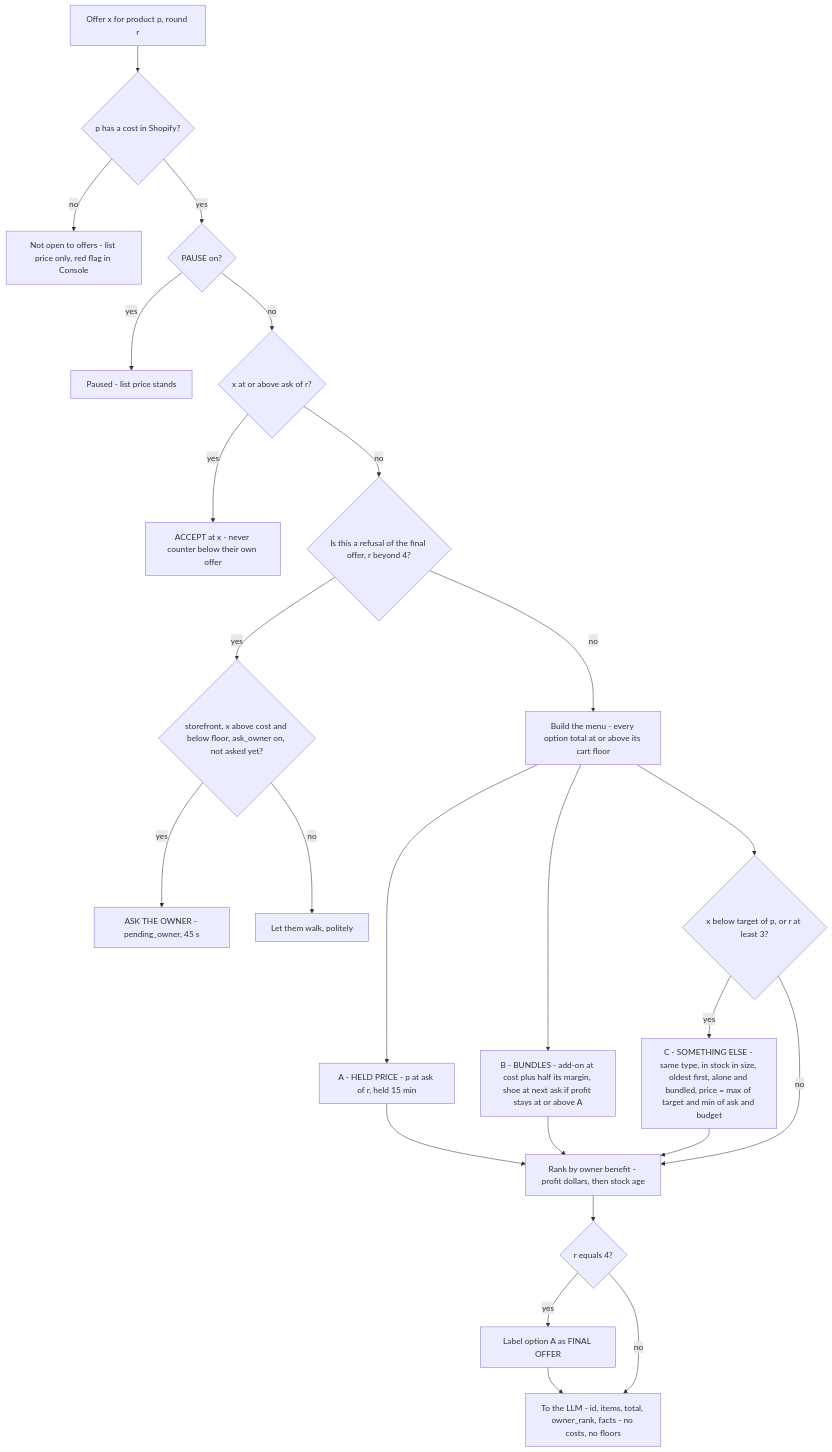
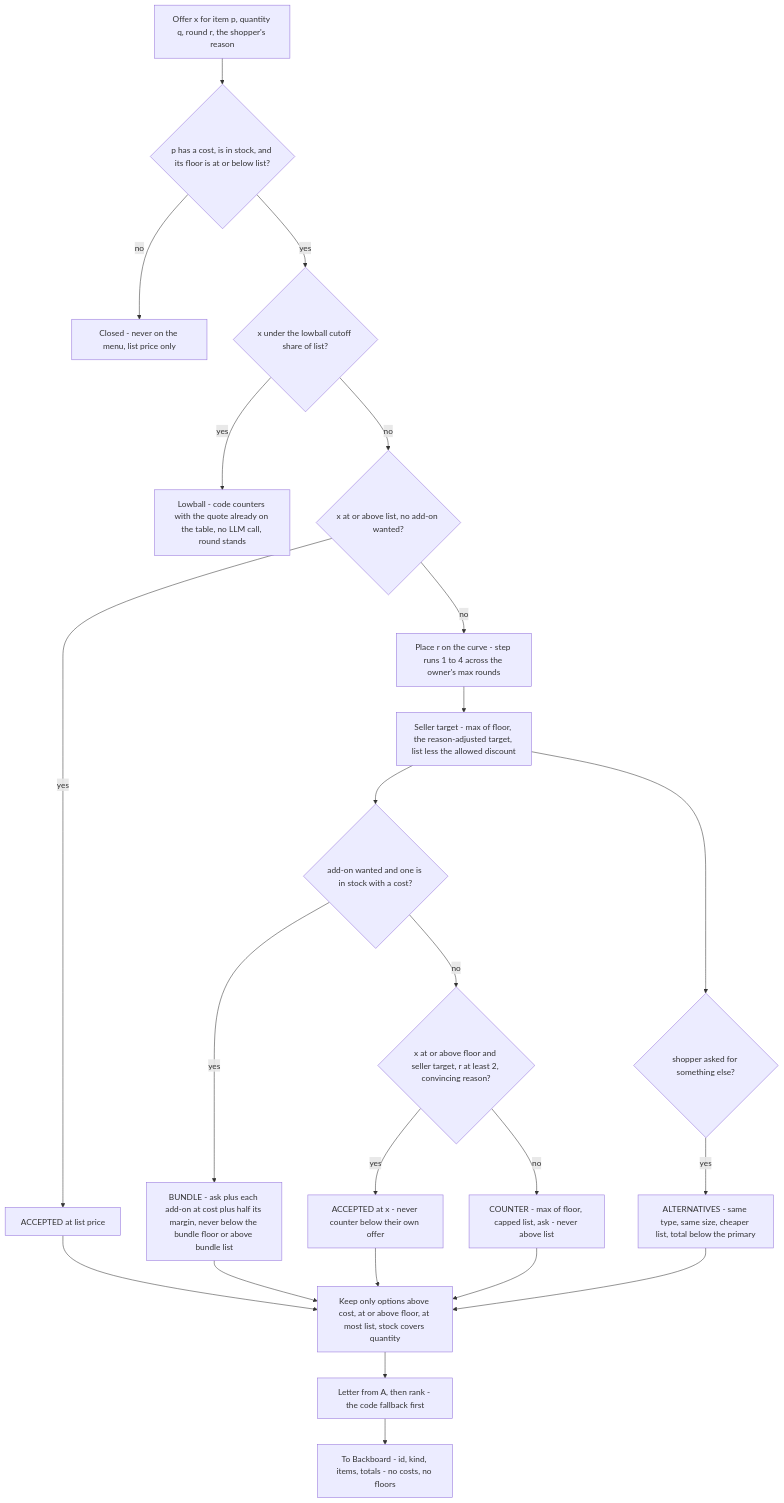
One commit to Maristanez/bazaar changed diagram 15 of 22 in docs/ARCHITECTURE.md. Above: the diagram before and after it, drawn with Mermaid. The commit also changed other lines of this file and 13 other files, not shown here.

````diff
--- a/docs/ARCHITECTURE.md
+++ b/docs/ARCHITECTURE.md
@@ -514,47 +517,45 @@
 ```mermaid
 flowchart TD
-  IN["Offer x for product p, round r"]
-  NC{"p has a cost in Shopify?"}
-  NO["Not open to offers - list price only, red flag in Console"]
-  PA{"PAUSE on?"}
-  PM["Paused - list price stands"]
-  AC{"x at or above ask of r?"}
-  ACC["ACCEPT at x - never counter below their own offer"]
-  RF{"Is this a refusal of the final offer, r beyond 4?"}
-  MENU["Build the menu - every option total at or above its cart floor"]
-  OA["A - HELD PRICE - p at ask of r, held 15 min"]
-  OB["B - BUNDLES - add-on at cost plus half its margin, shoe at next ask if profit stays at or above A"]
-  CE{"x below target of p, or r at least 3?"}
-  OC["C - SOMETHING ELSE - same type, in stock in size, oldest first, alone and bundled, price = max of target and min of ask and budget"]
-  RK["Rank by owner benefit - profit dollars, then stock age"]
-  R4{"r equals 4?"}
-  FIN["Label option A as FINAL OFFER"]
-  LLMP["To the LLM - id, items, total, owner_rank, facts - no costs, no floors"]
-  ZQ{"storefront, x above cost and below floor, ask_owner on, not asked yet?"}
-  ASK["ASK THE OWNER - pending_owner, 45 s"]
-  WALK["Let them walk, politely"]
+  IN["Offer x for item p, quantity q, round r, the shopper's reason"]
+  NC{"p has a cost, is in stock, and its floor is at or below list?"}
+  NO["Closed - never on the menu, list price only"]
+  LB{"x under the lowball cutoff share of list?"}
+  LBC["Lowball - code counters with the quote already on the table, no LLM call, round stands"]
+  AL{"x at or above list, no add-on wanted?"}
+  ACL["ACCEPTED at list price"]
+  ST["Place r on the curve - step runs 1 to 4 across the owner's max rounds"]
+  TG["Seller target - max of floor, the reason-adjusted target, list less the allowed discount"]
+  BQ{"add-on wanted and one is in stock with a cost?"}
+  OB["BUNDLE - ask plus each add-on at cost plus half its margin, never below the bundle floor or above bundle list"]
+  AX{"x at or above floor and seller target, r at least 2, convincing reason?"}
+  ACC["ACCEPTED at x - never counter below their own offer"]
+  OA["COUNTER - max of floor, capped list, ask - never above list"]
+  ALT{"shopper asked for something else?"}
+  OC["ALTERNATIVES - same type, same size, cheaper list, total below the primary"]
+  SAFE["Keep only options above cost, at or above floor, at most list, stock covers quantity"]
+  RK["Letter from A, then rank - the code fallback first"]
+  LLMP["To Backboard - id, kind, items, totals - no costs, no floors"]
 
   IN --> NC
   NC -->|"no"| NO
-  NC -->|"yes"| PA
-  PA -->|"yes"| PM
-  PA -->|"no"| AC
-  AC -->|"yes"| ACC
-  AC -->|"no"| RF
-  RF -->|"yes"| ZQ
-  ZQ -->|"yes"| ASK
-  ZQ -->|"no"| WALK
-  RF -->|"no"| MENU
-  MENU --> OA
-  MENU --> OB
-  MENU --> CE
-  CE -->|"yes"| OC
-  CE -->|"no"| RK
-  OA --> RK
-  OB --> RK
-  OC --> RK
-  RK --> R4
-  R4 -->|"yes"| FIN
-  R4 -->|"no"| LLMP
-  FIN --> LLMP
+  NC -->|"yes"| LB
+  LB -->|"yes"| LBC
+  LB -->|"no"| AL
+  AL -->|"yes"| ACL
+  AL -->|"no"| ST
+  ST --> TG
+  TG --> BQ
+  BQ -->|"yes"| OB
+  BQ -->|"no"| AX
+  AX -->|"yes"| ACC
+  AX -->|"no"| OA
+  TG --> ALT
+  ALT -->|"yes"| OC
+  ACL --> SAFE
+  OB --> SAFE
+  ACC --> SAFE
+  OA --> SAFE
+  OC --> SAFE
+  SAFE --> RK
+  RK --> LLMP
 ```
````
